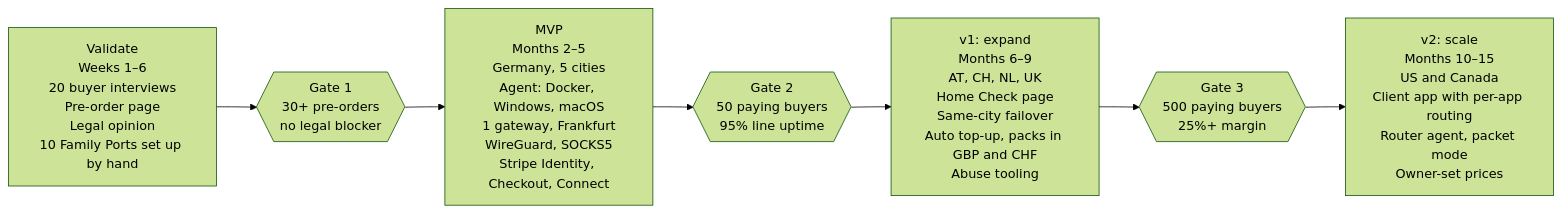
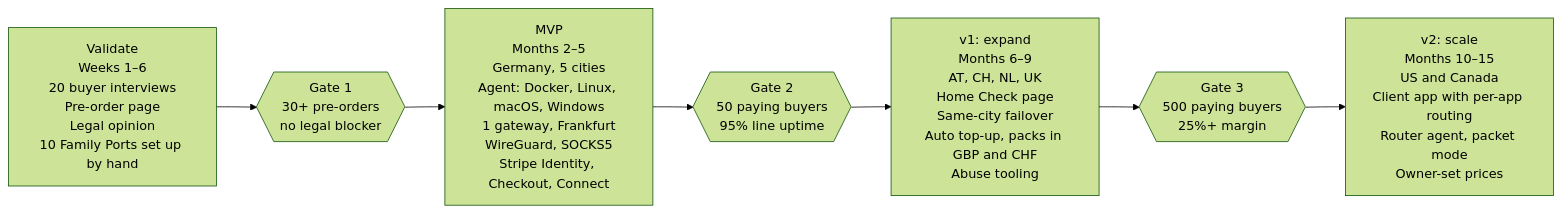
The second of 2 diagrams in docs/concept.md (jermainee/homeport), drawn with Mermaid (forest theme) before and after one commit. The commit also changed other lines of this file and 1 other file, not shown here.

Commit message:
Support Linux, macOS and Windows across the product

````diff
--- a/docs/concept.md
+++ b/docs/concept.md
@@ -382,11 +383,11 @@
 ```mermaid
 flowchart LR
   validate["Validate<br/>Weeks 1–6<br/>20 buyer interviews<br/>Pre-order page<br/>Legal opinion<br/>10 Family Ports set up by hand"]
   gate1{{"Gate 1<br/>30+ pre-orders<br/>no legal blocker"}}
-  mvp["MVP<br/>Months 2–5<br/>Germany, 5 cities<br/>Agent: Docker, Windows, macOS<br/>1 gateway, Frankfurt<br/>WireGuard, SOCKS5<br/>Stripe Identity, Checkout, Connect"]
+  mvp["MVP<br/>Months 2–5<br/>Germany, 5 cities<br/>Agent: Docker, Linux, macOS, Windows<br/>1 gateway, Frankfurt<br/>WireGuard, SOCKS5<br/>Stripe Identity, Checkout, Connect"]
   gate2{{"Gate 2<br/>50 paying buyers<br/>95% line uptime"}}
   v1["v1: expand<br/>Months 6–9<br/>AT, CH, NL, UK<br/>Home Check page<br/>Same-city failover<br/>Auto top-up, packs in GBP and CHF<br/>Abuse tooling"]
   gate3{{"Gate 3<br/>500 paying buyers<br/>25%+ margin"}}
   v2["v2: scale<br/>Months 10–15<br/>US and Canada<br/>Client app with per-app routing<br/>Router agent, packet mode<br/>Owner-set prices"]
   validate --> gate1 --> mvp --> gate2 --> v1 --> gate3 --> v2
 ```
````
